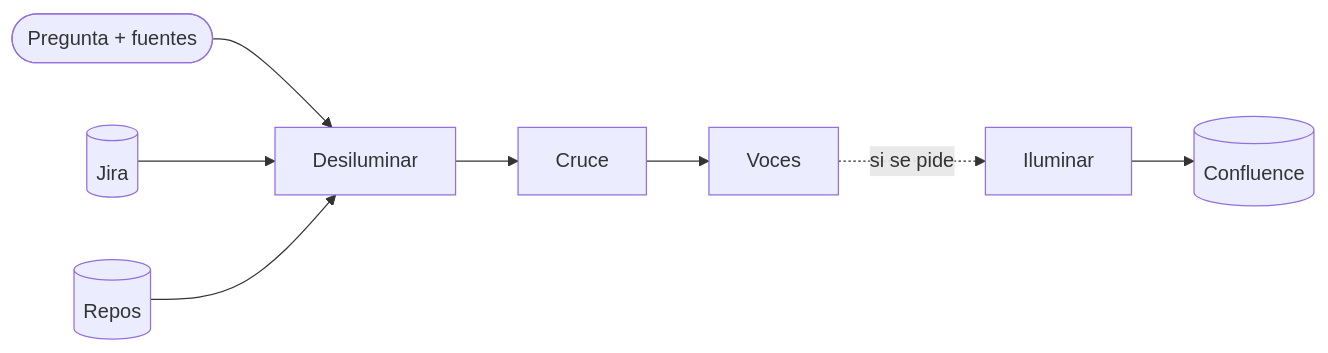
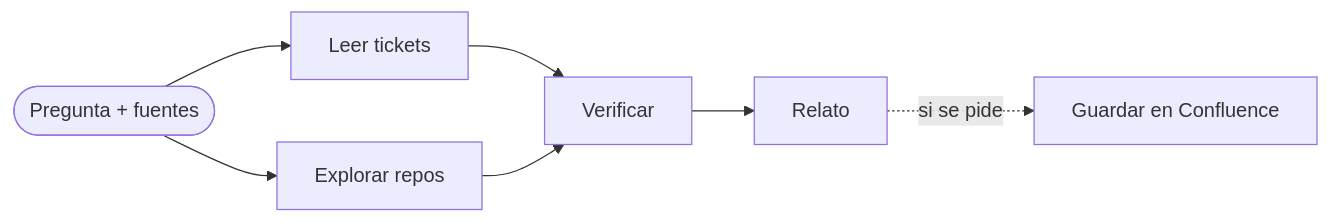
Before and after one commit to guilleheizen/desiluminador: the diagram in README.md, drawn with Mermaid. The commit also changed other lines of this file, not shown here.

````diff
--- a/README.md
+++ b/README.md
@@ -28,10 +30,9 @@
 ```mermaid
 flowchart LR
-  P([Pregunta + fuentes]) --> D[Desiluminar]
-  J[(Jira)] --> D
-  R[(Repos)] --> D
-  D --> C[Cruce]
-  C --> V[Voces]
-  V -. si se pide .-> I[Iluminar]
-  I --> M[(Confluence)]
+  P([Pregunta + fuentes]) --> T[Leer tickets]
+  P --> E[Explorar repos]
+  T --> V[Verificar]
+  E --> V
+  V --> R[Relato]
+  R -. si se pide .-> G[Guardar en Confluence]
 ```
````
